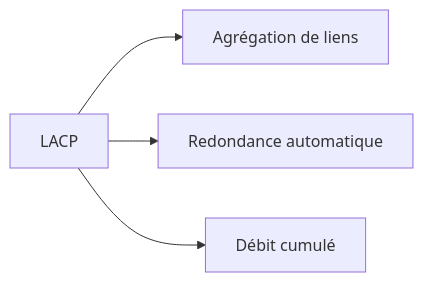
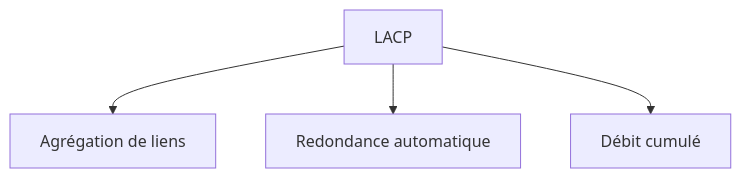
One commit to zyrass/omnydocs changed diagram 16 of 38 in docs/glossaire/administration-reseau.md. Above: the diagram before and after it, drawn with Mermaid. The commit also changed other lines of this file and 1780 other files, not shown here.

````diff
--- a/docs/glossaire/administration-reseau.md
+++ b/docs/glossaire/administration-reseau.md
@@ -345,6 +413,6 @@
-    ```mermaid
-    graph LR
-        A[LACP] --> B[Agrégation de liens]
-        A --> C[Redondance automatique]
-        A --> D[Débit cumulé]
-    ```
+```mermaid
+graph TB
+    A[LACP] --> B[Agrégation de liens]
+    A --> C[Redondance automatique]
+    A --> D[Débit cumulé]
+```
````
